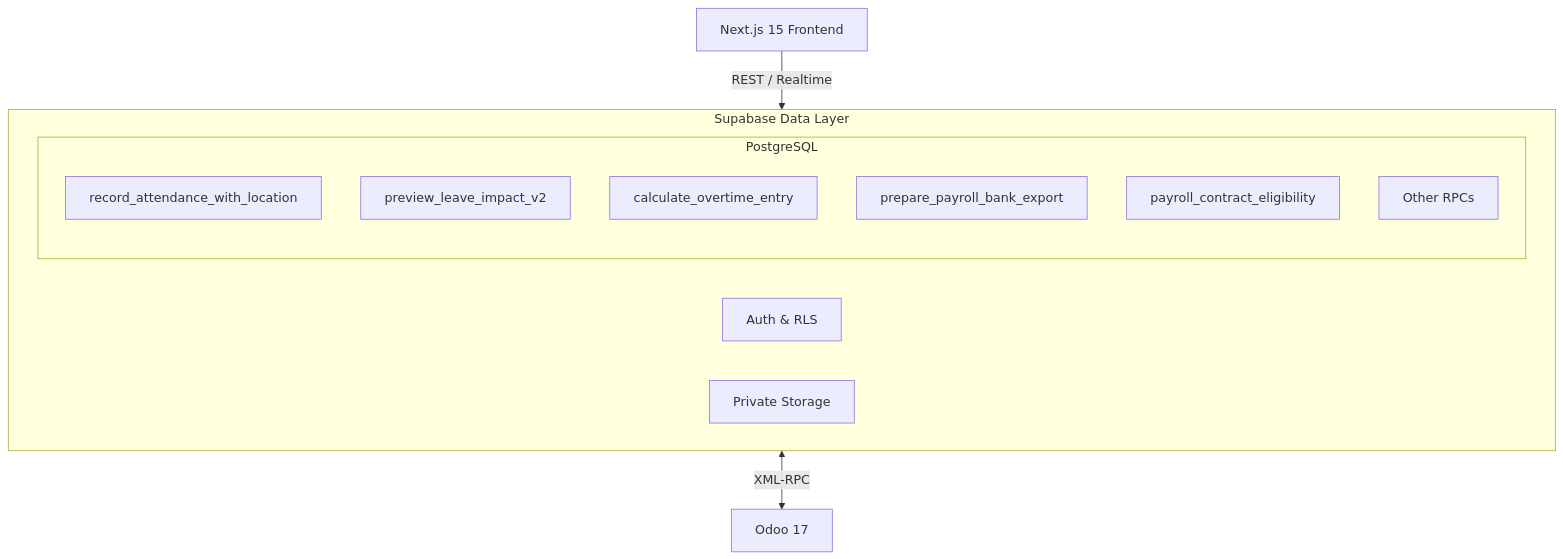
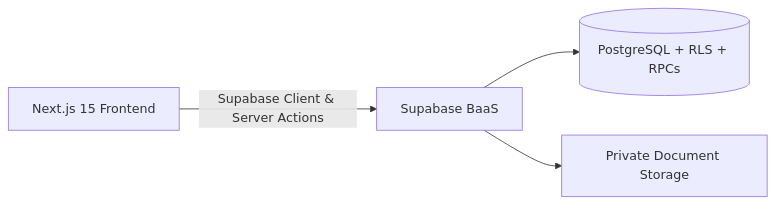
One commit to sujancse645/123 changed the diagram in README.md. Above: the diagram before and after it, drawn with Mermaid. The commit also changed other lines of this file, not shown here.

````diff
--- a/README.md
+++ b/README.md
@@ -53,20 +75,6 @@
 ```mermaid
-graph TD
-    UI[Next.js 15 Frontend] -->|REST / Realtime| Supabase
-    
-    subgraph Supabase [Supabase Data Layer]
-        Auth[Auth & RLS]
-        Storage[Private Storage]
-        
-        subgraph DB [PostgreSQL]
-            RPC1[record_attendance_with_location]
-            RPC2[preview_leave_impact_v2]
-            RPC3[calculate_overtime_entry]
-            RPC4[prepare_payroll_bank_export]
-            RPC5[payroll_contract_eligibility]
-            RPC6[Other RPCs]
-        end
-    end
-    
-    Supabase <-->|XML-RPC| Odoo[Odoo 17]
+graph LR
+    UI[Next.js 15 Frontend] -->|Supabase Client & Server Actions| SB[Supabase BaaS]
+    SB --> Postgres[(PostgreSQL + RLS + RPCs)]
+    SB --> Storage[Private Document Storage]
 ```
````
